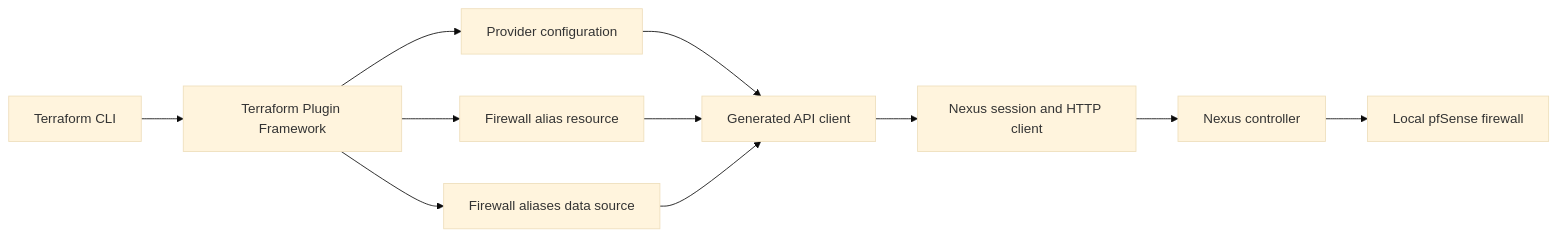
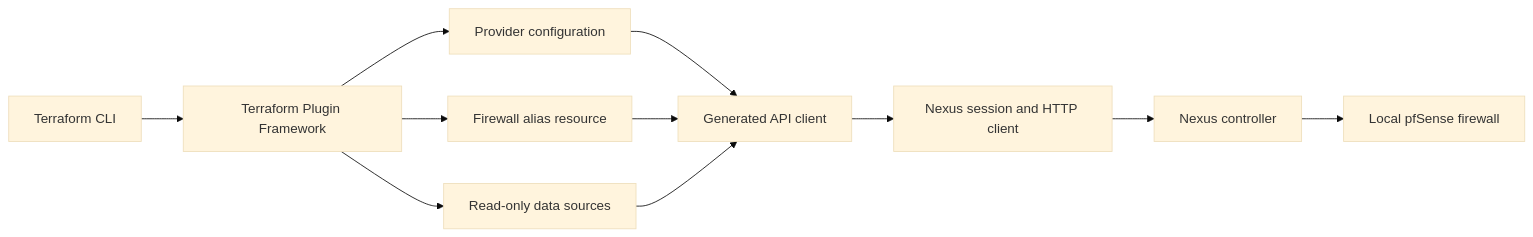
Before and after one commit to geo-gaussian/pfsense-provider: the diagram in ARCHITECTURE.md, drawn with Mermaid (base theme). The commit also changed other lines of this file and 75 other files, not shown here.

First line of the commit message:
PFSN-007: Implementation of new data sources (#15)

````diff
--- a/ARCHITECTURE.md
+++ b/ARCHITECTURE.md
@@ -21,13 +26,13 @@
 ```mermaid
 flowchart LR
   TF[Terraform CLI] --> Framework[Terraform Plugin Framework]
   Framework --> Provider[Provider configuration]
   Framework --> Resource[Firewall alias resource]
-  Framework --> Data[Firewall aliases data source]
+  Framework --> Data[Read-only data sources]
   Provider --> API[Generated API client]
   Resource --> API
   Data --> API
   API --> Client[Nexus session and HTTP client]
   Client --> Nexus[Nexus controller]
   Nexus --> Firewall[Local pfSense firewall]
 ```
````
